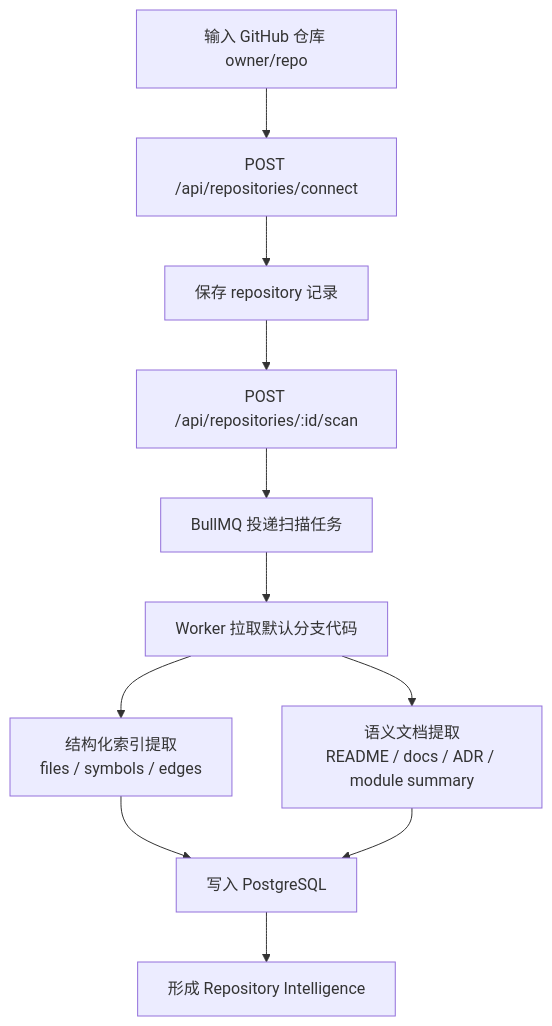
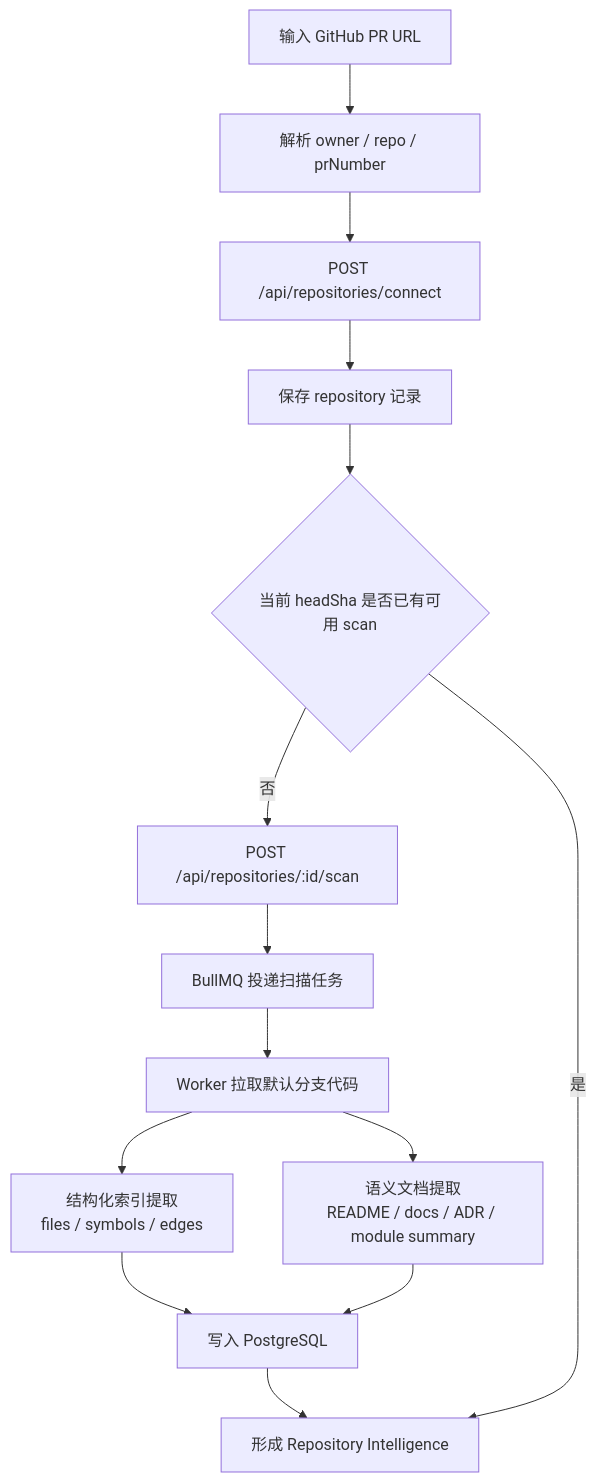
One commit to zhaoyongze123/ai-pr-review-assistant changed the second of 4 diagrams in README.md. Above: the diagram before and after it, drawn with Mermaid. The commit also changed other lines of this file and 9 other files, not shown here.

````diff
--- a/README.md
+++ b/README.md
@@ -140,13 +140,16 @@
 ```mermaid
 flowchart TD
-    A["输入 GitHub 仓库 owner/repo"] --> B["POST /api/repositories/connect"]
-    B --> C["保存 repository 记录"]
-    C --> D["POST /api/repositories/:id/scan"]
-    D --> E["BullMQ 投递扫描任务"]
-    E --> F["Worker 拉取默认分支代码"]
-    F --> G["结构化索引提取<br/>files / symbols / edges"]
-    F --> H["语义文档提取<br/>README / docs / ADR / module summary"]
-    G --> I["写入 PostgreSQL"]
-    H --> I
-    I --> J["形成 Repository Intelligence"]
+    A["输入 GitHub PR URL"] --> B["解析 owner / repo / prNumber"]
+    B --> C["POST /api/repositories/connect"]
+    C --> D["保存 repository 记录"]
+    D --> E{"当前 headSha 是否已有可用 scan"}
+    E -- 否 --> F["POST /api/repositories/:id/scan"]
+    F --> G["BullMQ 投递扫描任务"]
+    G --> H["Worker 拉取默认分支代码"]
+    H --> I["结构化索引提取<br/>files / symbols / edges"]
+    H --> J["语义文档提取<br/>README / docs / ADR / module summary"]
+    I --> K["写入 PostgreSQL"]
+    J --> K
+    K --> L["形成 Repository Intelligence"]
+    E -- 是 --> L
 ```
````
